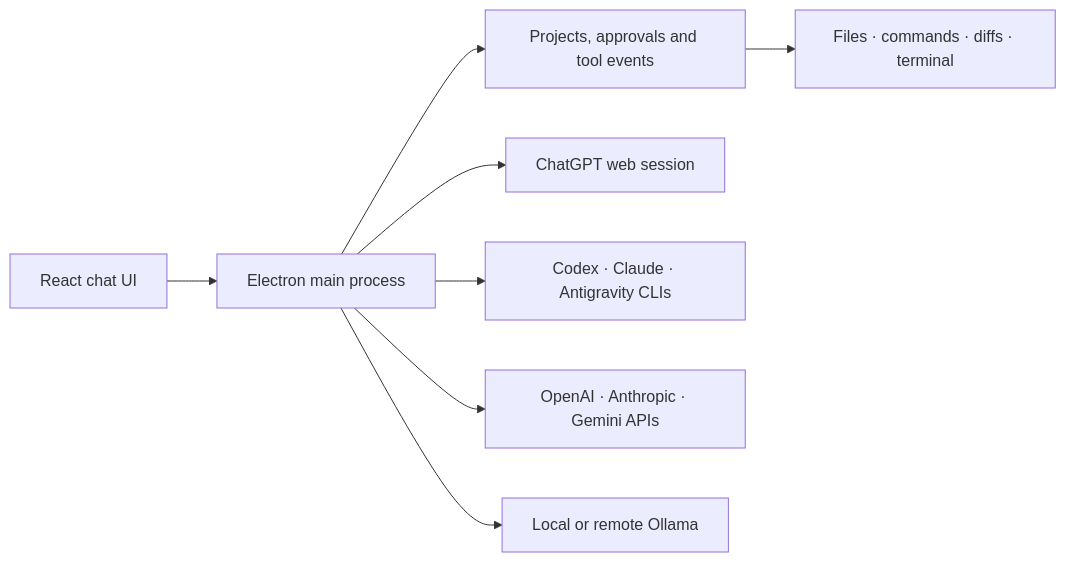
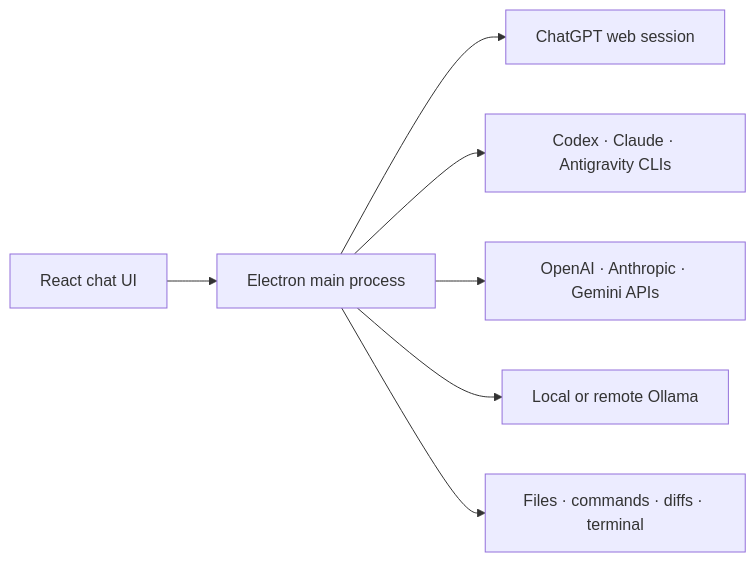
Before and after one commit to JustMLC4real/LLMelt: the diagram in README.md, drawn with Mermaid. The commit also changed other lines of this file and 2 other files, not shown here.

````diff
--- a/README.md
+++ b/README.md
@@ -119,10 +100,9 @@
 ```mermaid
 flowchart LR
     UI["React chat UI"] --> Main["Electron main process"]
-    Main --> Policy["Projects, approvals and tool events"]
     Main --> Web["ChatGPT web session"]
     Main --> CLI["Codex · Claude · Antigravity CLIs"]
     Main --> API["OpenAI · Anthropic · Gemini APIs"]
     Main --> Local["Local or remote Ollama"]
-    Policy --> Files["Files · commands · diffs · terminal"]
+    Main --> Tools["Files · commands · diffs · terminal"]
 ```
````
